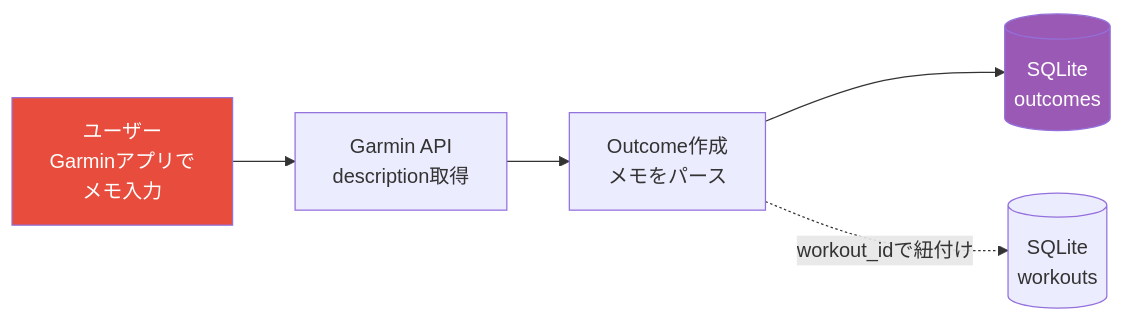
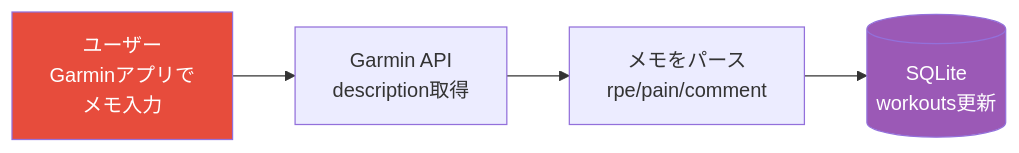
One commit to fuzztarou/run-coach changed the second of 2 diagrams in docs/phase4-data-logging.md. Above: the diagram before and after it, drawn with Mermaid. The commit also changed other lines of this file and 1 other file, not shown here.

````diff
--- a/docs/phase4-data-logging.md
+++ b/docs/phase4-data-logging.md
@@ -55,10 +32,9 @@
 ```mermaid
 flowchart LR
     UG[ユーザー<br>Garminアプリで<br>メモ入力] --> GA[Garmin API<br>description取得]
-    GA --> O[Outcome作成<br>メモをパース]
-    O --> DB[(SQLite<br>outcomes)]
-    O -.->|workout_idで紐付け| W[(SQLite<br>workouts)]
+    GA --> P[メモをパース<br>rpe/pain/comment]
+    P --> DB[(SQLite<br>workouts更新)]
 
     style UG fill:#e74c3c,color:#fff
     style DB fill:#9b59b6,color:#fff
 ```
````
